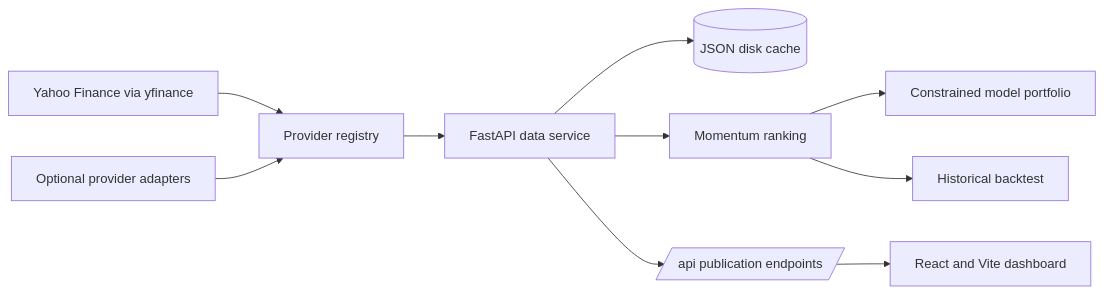
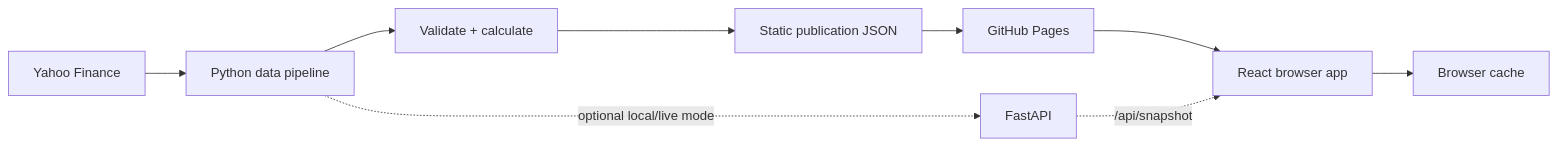
Before and after one commit to andyttc05/us-momentum-terminal: the diagram in README.md, drawn with Mermaid. The commit also changed other lines of this file and 304 other files, not shown here.

````diff
--- a/README.md
+++ b/README.md
@@ -59,12 +45,11 @@
 ```mermaid
 flowchart LR
-    Yahoo[Yahoo Finance via yfinance] --> Providers[Provider registry]
-    Backups[Optional provider adapters] --> Providers
-    Providers --> Service[FastAPI data service]
-    Service --> Cache[(JSON disk cache)]
-    Service --> Ranking[Momentum ranking]
-    Ranking --> Portfolio[Constrained model portfolio]
-    Ranking --> Backtest[Historical backtest]
-    Service --> API[/api publication endpoints/]
-    API --> Frontend[React and Vite dashboard]
+    Provider[Yahoo Finance] --> Python[Python data pipeline]
+    Python --> Validate[Validate + calculate]
+    Validate --> Static[Static publication JSON]
+    Static --> Pages[GitHub Pages]
+    Pages --> Browser[React browser app]
+    Browser --> Cache[Browser cache]
+    Python -. optional local/live mode .-> FastAPI[FastAPI]
+    FastAPI -. /api/snapshot .-> Browser
 ```
````
